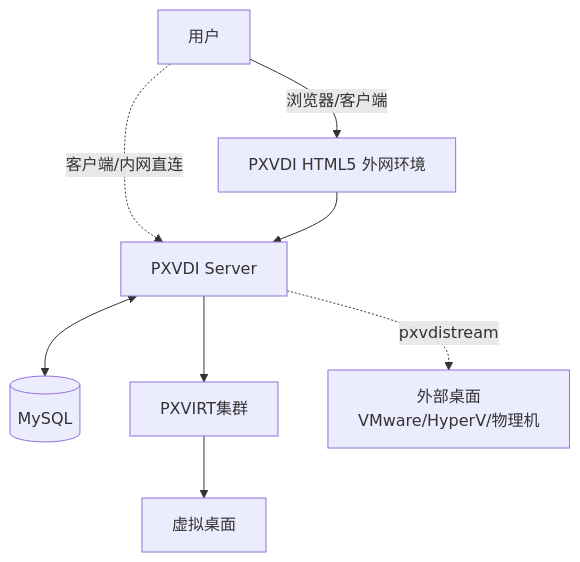
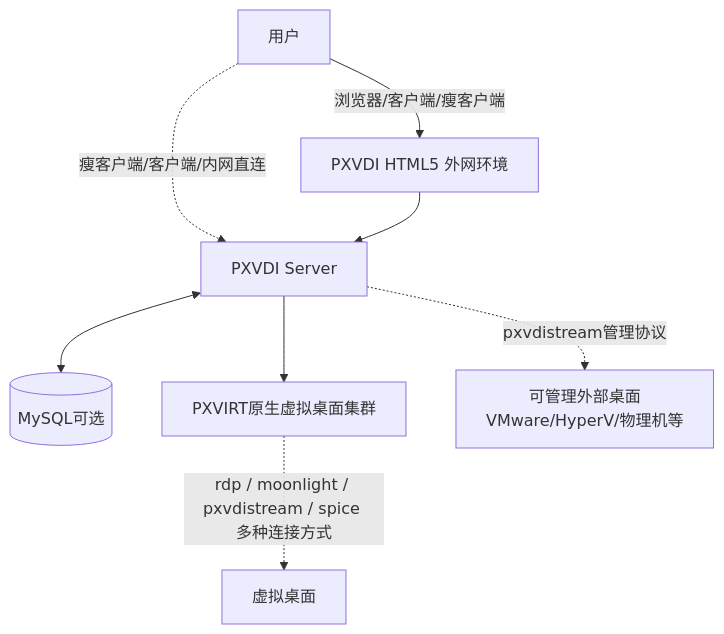
Before and after one commit to jiangcuo/pxvdi: the diagram in zong-kong-mo-shi.md, drawn with Mermaid. The commit also changed other lines of this file and 9 other files, not shown here.

````diff
--- a/zong-kong-mo-shi.md
+++ b/zong-kong-mo-shi.md
@@ -14,10 +52,10 @@
 ```mermaid
 flowchart TD
-    User[用户] --> |浏览器/客户端| HTML5[PXVDI HTML5 外网环境]
-    User -.-> |客户端/内网直连| Server
+    User[用户] --> |浏览器/客户端/瘦客户端| HTML5[PXVDI HTML5 外网环境]
+    User -.-> |瘦客户端/客户端/内网直连| Server
     HTML5 --> Server[PXVDI Server]
-    Server <--> DB[(MySQL)]
-    Server --> PXVIRT[PXVIRT集群]
-    Server -.-> |pxvdistream| EXT[外部桌面<br/>VMware/HyperV/物理机]
-    PXVIRT --> VM[虚拟桌面]
+    Server <--> DB[(MySQL可选)]
+    Server --> PXVIRT[PXVIRT原生虚拟桌面集群]
+    Server -.-> |pxvdistream管理协议| EXT[可管理外部桌面<br/> VMware/HyperV/物理机等]
+    PXVIRT -.-> |rdp / moonlight / pxvdistream / spice <br/>多种连接方式| VM[虚拟桌面]
 ```
````
